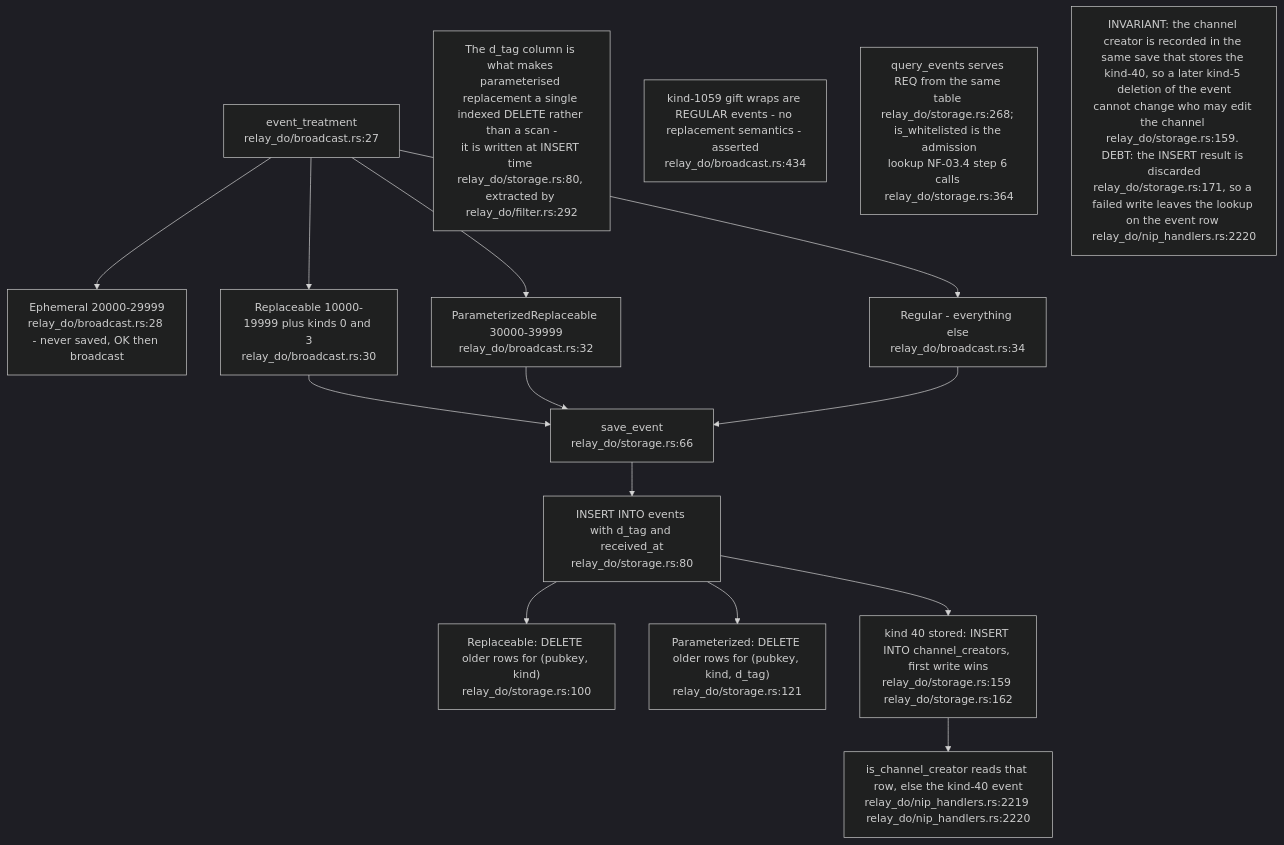
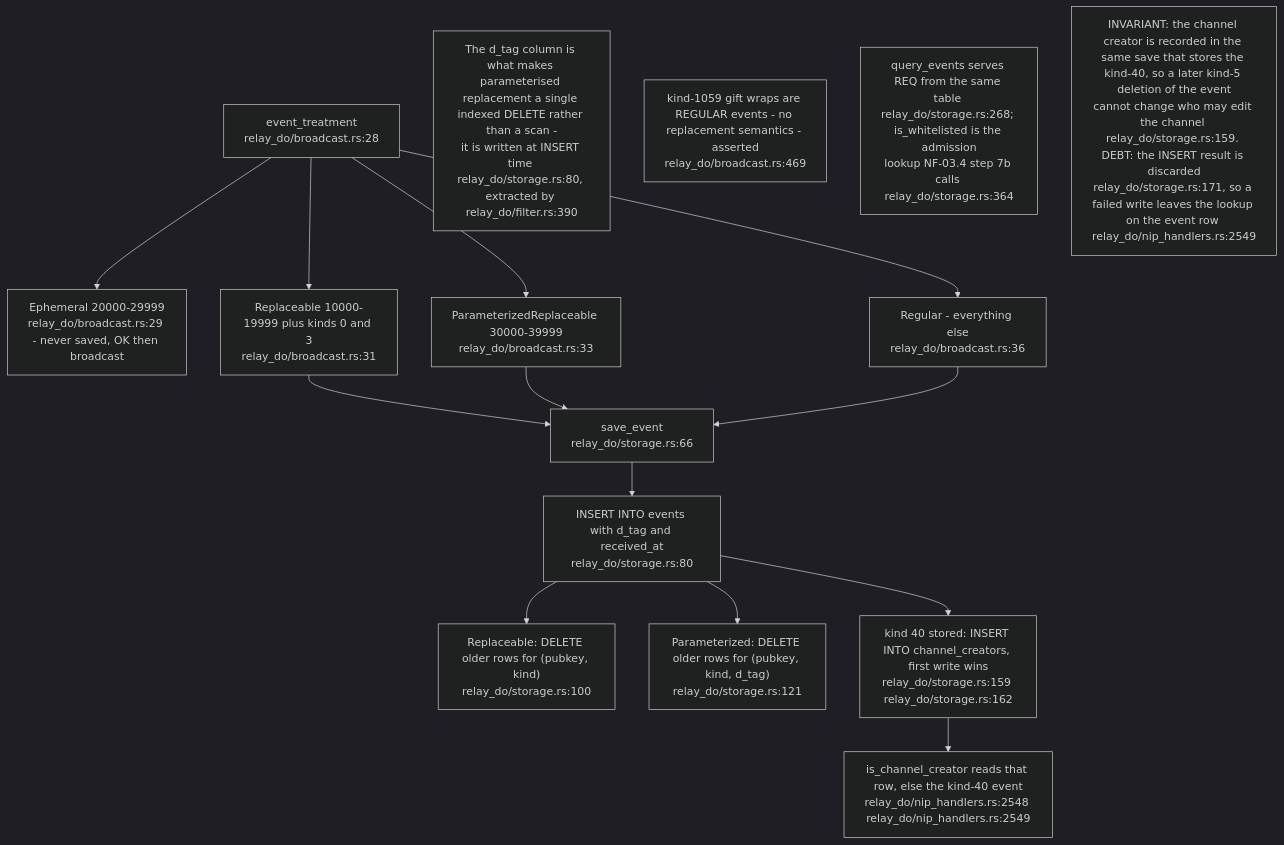
One commit to DreamLab-AI/VisionFlow changed the third of 16 diagrams in docs/diagrams/nostr-rust-forum/11-relay-durable-object-internals.md. Above: the diagram before and after it, drawn with Mermaid (dark theme). The commit also changed other lines of this file and 160 other files, not shown here.

````diff
--- a/docs/diagrams/nostr-rust-forum/11-relay-durable-object-internals.md
+++ b/docs/diagrams/nostr-rust-forum/11-relay-durable-object-internals.md
@@ -104,26 +108,26 @@
 ```mermaid
 flowchart TB
-    T["event_treatment<br/>relay_do/broadcast.rs:27"]
-    EPH["Ephemeral 20000-29999<br/>relay_do/broadcast.rs:28 - never saved, OK then broadcast"]
-    REP["Replaceable 10000-19999 plus kinds 0 and 3<br/>relay_do/broadcast.rs:30"]
-    PAR["ParameterizedReplaceable 30000-39999<br/>relay_do/broadcast.rs:32"]
-    REG["Regular - everything else<br/>relay_do/broadcast.rs:34"]
+    T["event_treatment<br/>relay_do/broadcast.rs:28"]
+    EPH["Ephemeral 20000-29999<br/>relay_do/broadcast.rs:29 - never saved, OK then broadcast"]
+    REP["Replaceable 10000-19999 plus kinds 0 and 3<br/>relay_do/broadcast.rs:31"]
+    PAR["ParameterizedReplaceable 30000-39999<br/>relay_do/broadcast.rs:33"]
+    REG["Regular - everything else<br/>relay_do/broadcast.rs:36"]
     SAVE["save_event<br/>relay_do/storage.rs:66"]
     INS["INSERT INTO events with d_tag and received_at<br/>relay_do/storage.rs:80"]
     D1D["Replaceable: DELETE older rows for (pubkey, kind)<br/>relay_do/storage.rs:100"]
     D2D["Parameterized: DELETE older rows for (pubkey, kind, d_tag)<br/>relay_do/storage.rs:121"]
     CRE["kind 40 stored: INSERT INTO channel_creators, first write wins<br/>relay_do/storage.rs:159 relay_do/storage.rs:162"]
-    ISCC["is_channel_creator reads that row, else the kind-40 event<br/>relay_do/nip_handlers.rs:2219 relay_do/nip_handlers.rs:2220"]
+    ISCC["is_channel_creator reads that row, else the kind-40 event<br/>relay_do/nip_handlers.rs:2548 relay_do/nip_handlers.rs:2549"]
 
     T --> EPH & REP & PAR & REG
     REP --> SAVE --> INS --> D1D
     PAR --> SAVE
     INS --> D2D
     REG --> SAVE
     INS --> CRE --> ISCC
 
-    N1["The d_tag column is what makes parameterised replacement a single indexed DELETE rather than a scan -<br/>it is written at INSERT time relay_do/storage.rs:80, extracted by relay_do/filter.rs:292"]
-    N2["kind-1059 gift wraps are REGULAR events - no replacement semantics - asserted<br/>relay_do/broadcast.rs:434"]
-    N3["query_events serves REQ from the same table relay_do/storage.rs:268; is_whitelisted is the admission<br/>lookup NF-03.4 step 6 calls relay_do/storage.rs:364"]
-    N4["INVARIANT: the channel creator is recorded in the same save that stores the kind-40, so a later kind-5 deletion of the event<br/>cannot change who may edit the channel relay_do/storage.rs:159. DEBT: the INSERT result is discarded<br/>relay_do/storage.rs:171, so a failed write leaves the lookup on the event row relay_do/nip_handlers.rs:2220"]
+    N1["The d_tag column is what makes parameterised replacement a single indexed DELETE rather than a scan -<br/>it is written at INSERT time relay_do/storage.rs:80, extracted by relay_do/filter.rs:390"]
+    N2["kind-1059 gift wraps are REGULAR events - no replacement semantics - asserted<br/>relay_do/broadcast.rs:469"]
+    N3["query_events serves REQ from the same table relay_do/storage.rs:268; is_whitelisted is the admission<br/>lookup NF-03.4 step 7b calls relay_do/storage.rs:364"]
+    N4["INVARIANT: the channel creator is recorded in the same save that stores the kind-40, so a later kind-5 deletion of the event<br/>cannot change who may edit the channel relay_do/storage.rs:159. DEBT: the INSERT result is discarded<br/>relay_do/storage.rs:171, so a failed write leaves the lookup on the event row relay_do/nip_handlers.rs:2549"]
 ```
````
